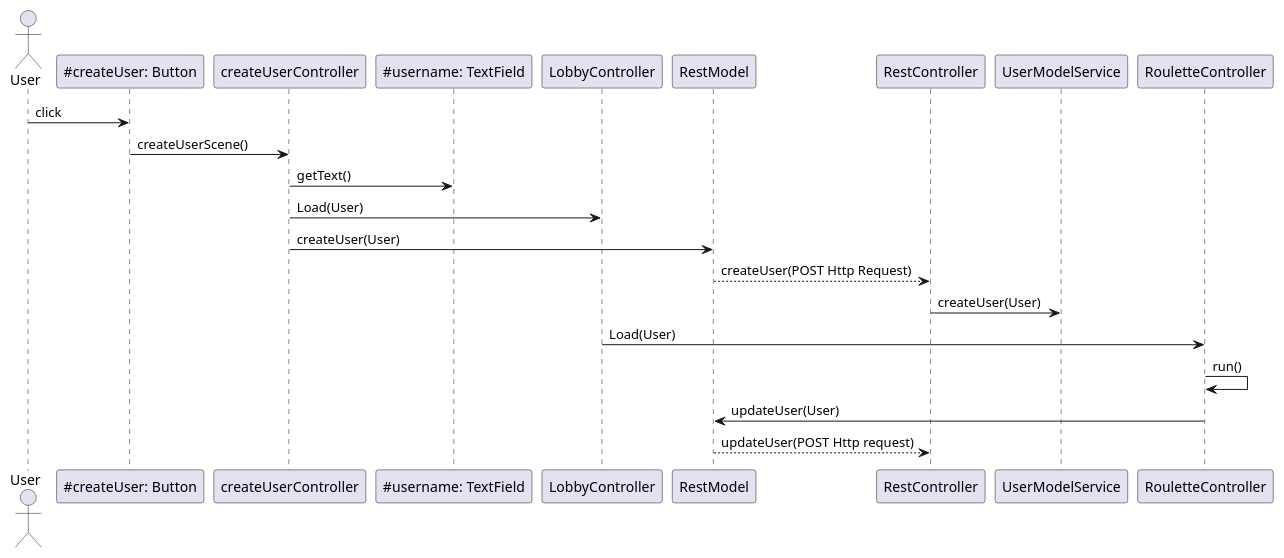
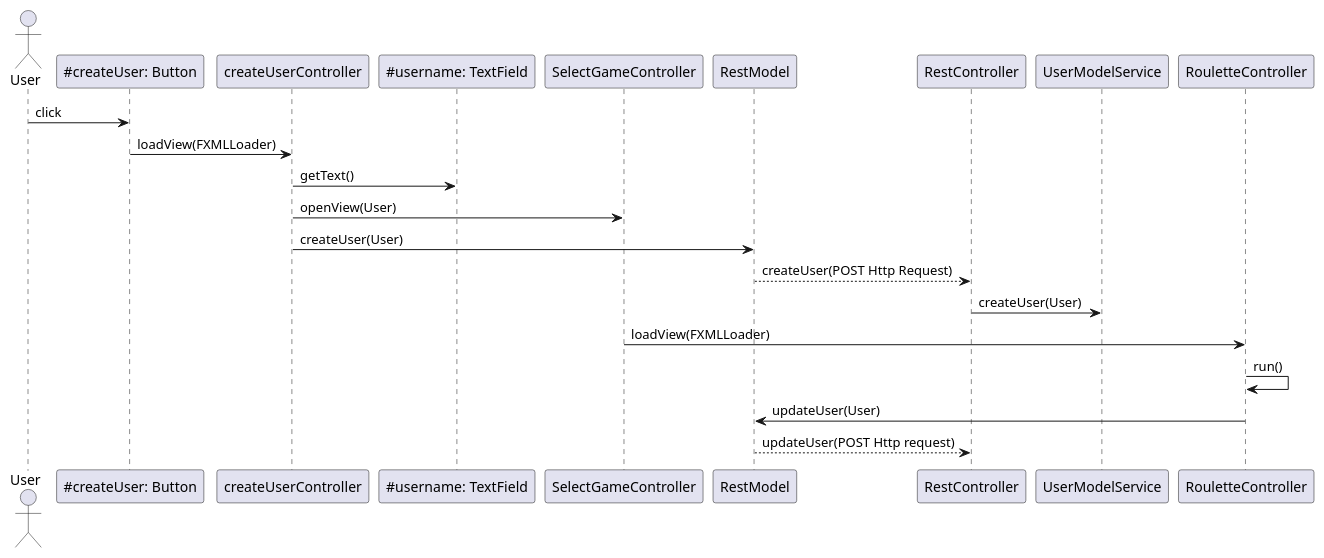
The diagram in casino/ui/src/main/java/ui/sequenceDiagram.puml (CzternastyHembre/IT1901-ITP), drawn with PlantUML before and after one commit.

Commit message:
docs: Changed UML code
Changed UML code for sequence diagram.

Issue: #83

```diff
--- a/casino/ui/src/main/java/ui/sequenceDiagram.puml
+++ b/casino/ui/src/main/java/ui/sequenceDiagram.puml
@@ -1,12 +1,12 @@
 actor User
 User -> "~#createUser: Button" as createUserButton: click
-createUserButton -> createUserController: createUserScene()
+createUserButton -> createUserController: loadView(FXMLLoader)
 createUserController -> "~#username: TextField" as usernameField: getText()
-createUserController -> LobbyController: Load(User)
+createUserController -> SelectGameController: openView(User)
 createUserController -> RestModel: createUser(User)
 RestModel --> RestController: createUser(POST Http Request)
 RestController -> UserModelService: createUser(User)
-LobbyController -> RouletteController: Load(User)
+SelectGameController -> RouletteController: loadView(FXMLLoader)
 RouletteController -> RouletteController: run()
 RouletteController -> RestModel: updateUser(User)
 RestModel --> RestController: updateUser(POST Http request)
```
